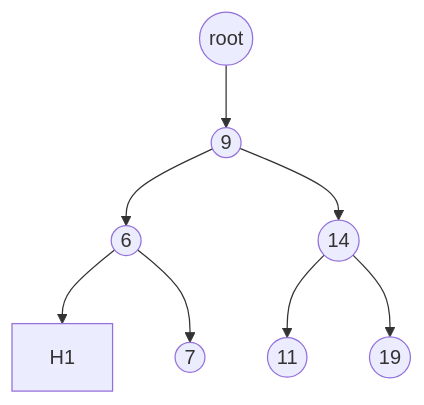
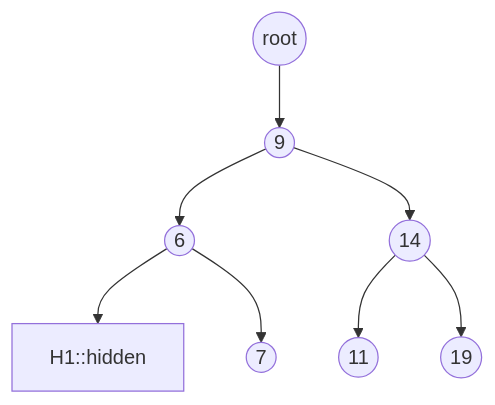
One commit to jayshozie/ceng301 changed the second of 4 diagrams in lecture-notes/w07.md. Above: the diagram before and after it, drawn with Mermaid. The commit also changed other lines of this file, not shown here.

````diff
--- a/lecture-notes/w07.md
+++ b/lecture-notes/w07.md
@@ -254,11 +254,11 @@
 ```mermaid
 graph TD
 
 A((root)) --> B((9))
 B((9)) --> C((6))
-C --> H1:::hidden
+C --> H1::hidden
 C --> E((7))
 B((9)) --> D((14))
 D --> F((11))
 D --> G((19))
 ```
````
